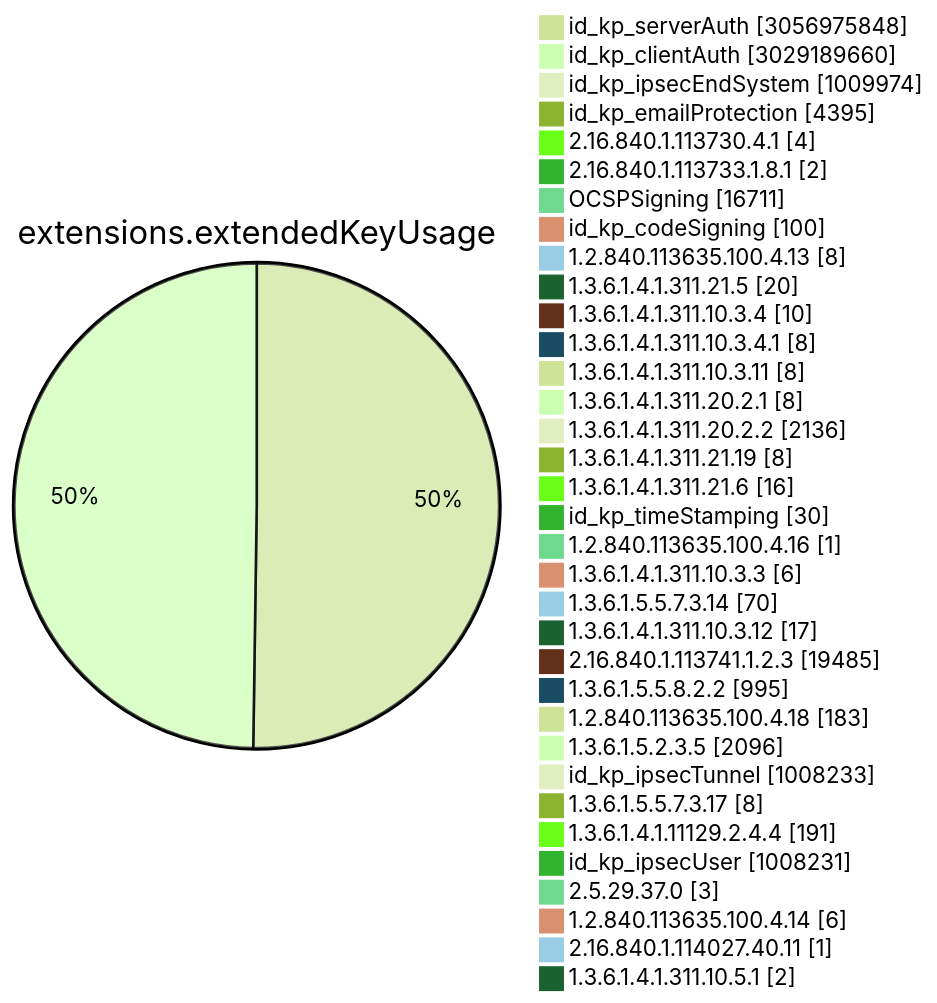
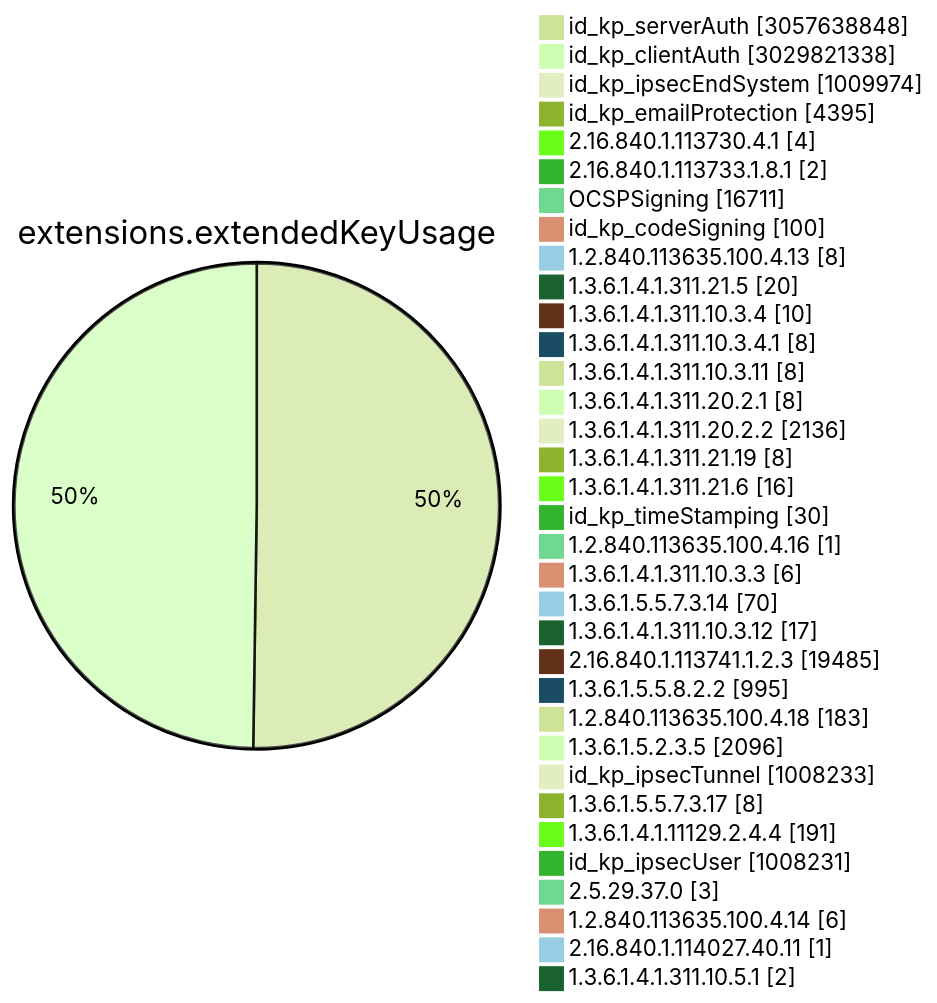
Before and after one commit to christiankrug/ctmonitor_visualization: diagram 11 of 15 in TOTAL/README.md, drawn with Mermaid (forest theme). The commit also changed other lines of this file, not shown here.

````diff
--- a/TOTAL/README.md
+++ b/TOTAL/README.md
@@ -4119,38 +4119,38 @@
 ```mermaid
 pie showData
 title extensions.extendedKeyUsage
-"id_kp_serverAuth" :3056975848
-"id_kp_clientAuth" :3029189660
+"id_kp_serverAuth" :3057638848
+"id_kp_clientAuth" :3029821338
 "id_kp_ipsecEndSystem" :1009974
 "id_kp_emailProtection" :4395
 "2.16.840.1.113730.4.1" :4
 "2.16.840.1.113733.1.8.1" :2
 "OCSPSigning" :16711
 "id_kp_codeSigning" :100
 "1.2.840.113635.100.4.13" :8
 "1.3.6.1.4.1.311.21.5" :20
 "1.3.6.1.4.1.311.10.3.4" :10
 "1.3.6.1.4.1.311.10.3.4.1" :8
 "1.3.6.1.4.1.311.10.3.11" :8
 "1.3.6.1.4.1.311.20.2.1" :8
 "1.3.6.1.4.1.311.20.2.2" :2136
 "1.3.6.1.4.1.311.21.19" :8
 "1.3.6.1.4.1.311.21.6" :16
 "id_kp_timeStamping" :30
 "1.2.840.113635.100.4.16" :1
 "1.3.6.1.4.1.311.10.3.3" :6
 "1.3.6.1.5.5.7.3.14" :70
 "1.3.6.1.4.1.311.10.3.12" :17
 "2.16.840.1.113741.1.2.3" :19485
 "1.3.6.1.5.5.8.2.2" :995
 "1.2.840.113635.100.4.18" :183
 "1.3.6.1.5.2.3.5" :2096
 "id_kp_ipsecTunnel" :1008233
 "1.3.6.1.5.5.7.3.17" :8
 "1.3.6.1.4.1.11129.2.4.4" :191
 "id_kp_ipsecUser" :1008231
 "2.5.29.37.0" :3
 "1.2.840.113635.100.4.14" :6
 "2.16.840.1.114027.40.11" :1
 "1.3.6.1.4.1.311.10.5.1" :2
 ```
````
